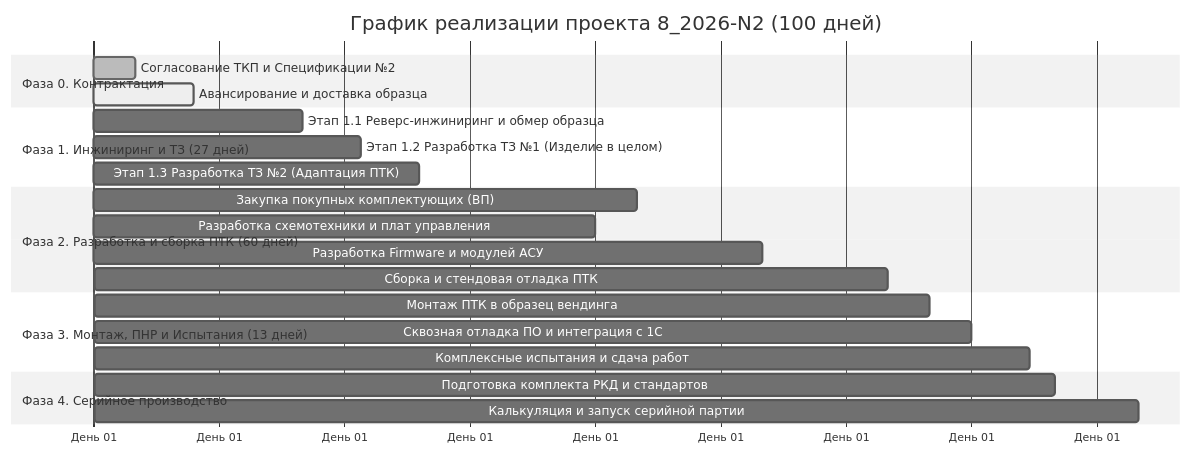
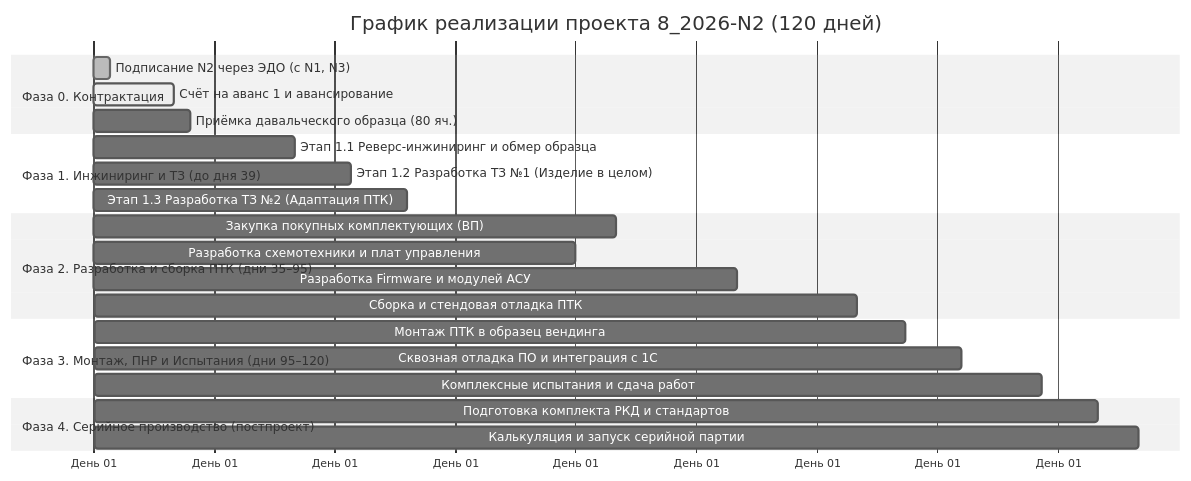
The diagram in 03__Проект/03__План-график/План_проекта_8_2026-N2_Horizon_VM.md (Konkery/Project-8_2026-N2-HORIZON), drawn with Mermaid (neutral theme) before and after one commit. The commit also changed other lines of this file and 53 other files, not shown here.

````diff
--- a/03__Проект/03__План-график/План_проекта_8_2026-N2_Horizon_VM.md
+++ b/03__Проект/03__План-график/План_проекта_8_2026-N2_Horizon_VM.md
@@ -14,30 +22,31 @@
 ```mermaid
 gantt
-    title График реализации проекта 8_2026-N2 (100 дней)
+    title График реализации проекта 8_2026-N2 (120 дней)
     dateFormat  X
     axisFormat День %d
 
     section Фаза 0. Контрактация
-    Согласование ТКП и Спецификации №2       :done, f0_1, 0, 5
-    Авансирование и доставка образца         :active, f0_2, 5, 12
+    Подписание N2 через ЭДО (с N1, N3)        :done, f0_0, 0, 2
+    Счёт на аванс 1 и авансирование           :active, f0_1, 0, 10
+    Приёмка давальческого образца (80 яч.)    :f0_2, 5, 12
 
-    section Фаза 1. Инжиниринг и ТЗ (27 дней)
+    section Фаза 1. Инжиниринг и ТЗ (до дня 39)
     Этап 1.1 Реверс-инжиниринг и обмер образца :f1_1, 12, 25
     Этап 1.2 Разработка ТЗ №1 (Изделие в целом):f1_2, 25, 32
     Этап 1.3 Разработка ТЗ №2 (Адаптация ПТК)  :f1_3, 32, 39
 
-    section Фаза 2. Разработка и сборка ПТК (60 дней)
+    section Фаза 2. Разработка и сборка ПТК (дни 35–95)
     Закупка покупных комплектующих (ВП)        :f2_1, 35, 65
     Разработка схемотехники и плат управления  :f2_2, 39, 60
     Разработка Firmware и модулей АСУ          :f2_3, 45, 80
     Сборка и стендовая отладка ПТК             :f2_4, 75, 95
 
-    section Фаза 3. Монтаж, ПНР и Испытания (13 дней)
-    Монтаж ПТК в образец вендинга              :f3_1, 95, 100
-    Сквозная отладка ПО и интеграция с 1С      :f3_2, 100, 105
-    Комплексные испытания и сдача работ        :f3_3, 105, 112
+    section Фаза 3. Монтаж, ПНР и Испытания (дни 95–120)
+    Монтаж ПТК в образец вендинга              :f3_1, 95, 101
+    Сквозная отладка ПО и интеграция с 1С      :f3_2, 101, 108
+    Комплексные испытания и сдача работ        :f3_3, 108, 118
 
-    section Фаза 4. Серийное производство
-    Подготовка комплекта РКД и стандартов      :f4_1, 100, 115
-    Калькуляция и запуск серийной партии       :f4_2, 112, 125
+    section Фаза 4. Серийное производство (постпроект)
+    Подготовка комплекта РКД и стандартов      :f4_1, 110, 125
+    Калькуляция и запуск серийной партии       :f4_2, 118, 130
 ```
````
